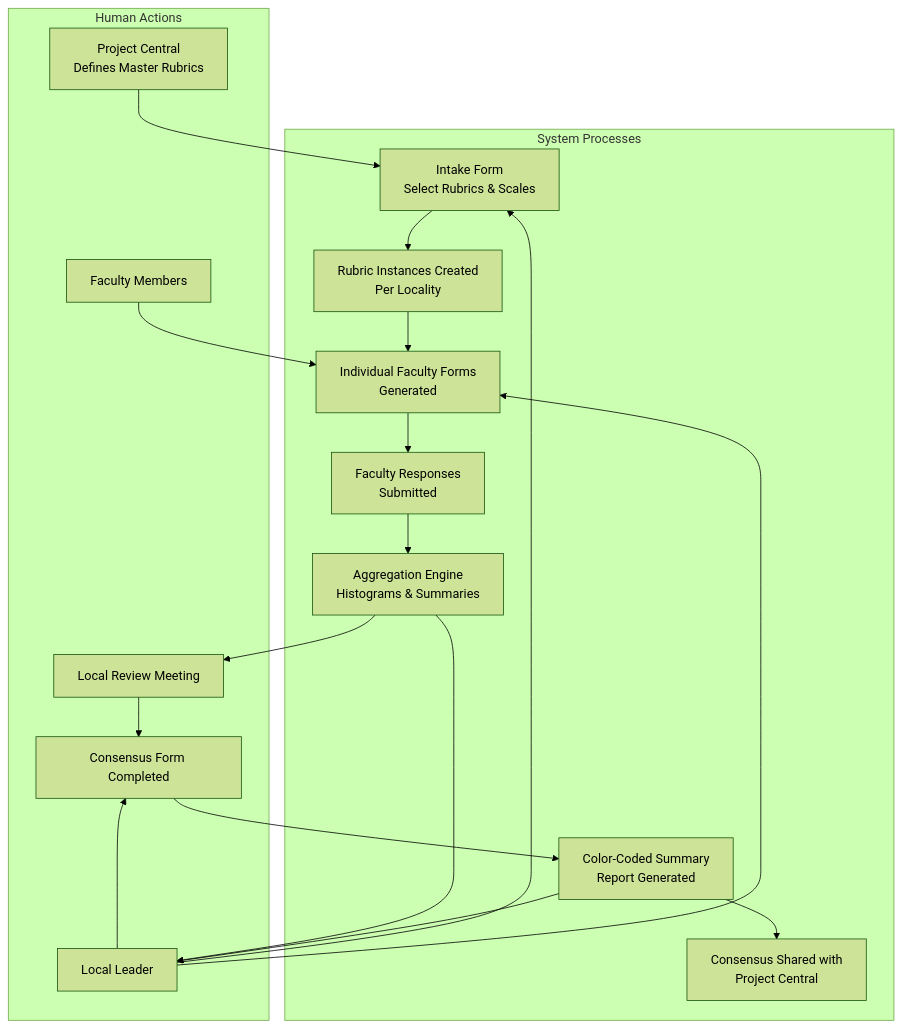
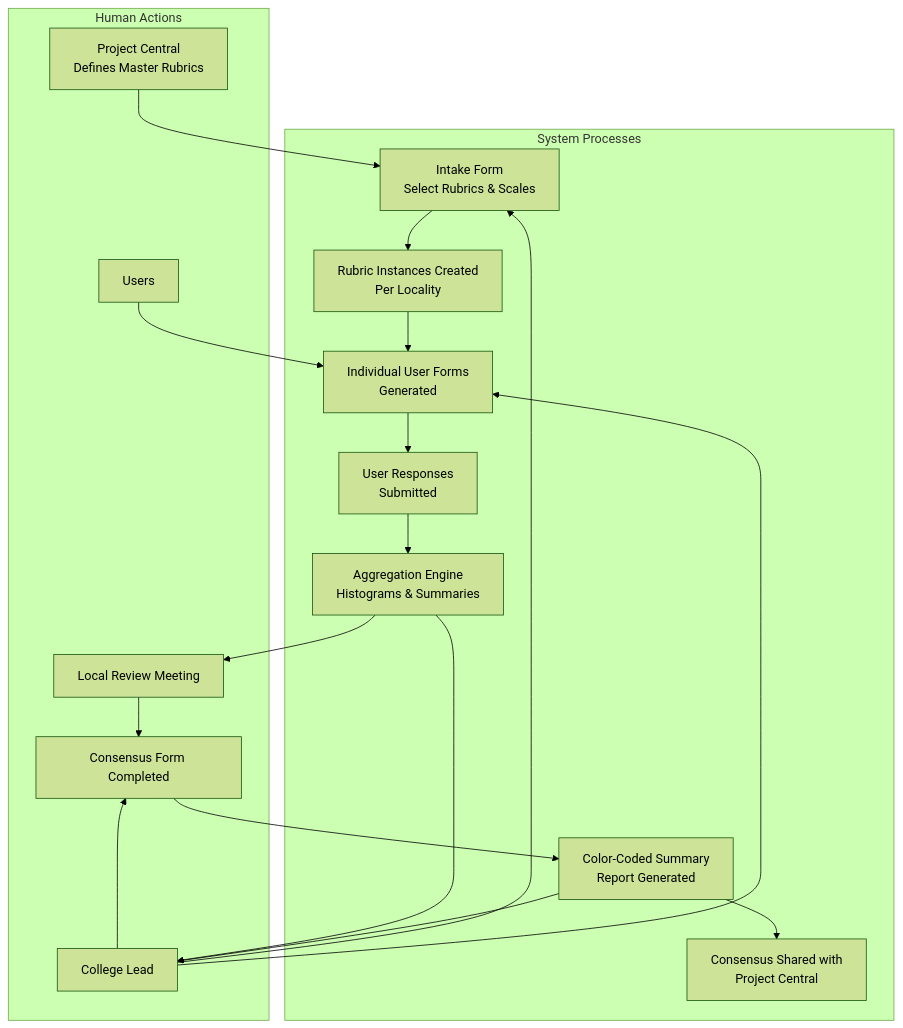
One commit to amatycwebportal/AMATYC-Web-Portal changed the second of 8 diagrams in Documentation/Design/Design-Document.md. Above: the diagram before and after it, drawn with Mermaid (forest theme). The commit also changed other lines of this file and 161 other files, not shown here.

````diff
--- a/Documentation/Design/Design-Document.md
+++ b/Documentation/Design/Design-Document.md
@@ -71,56 +71,56 @@
 ```mermaid
 flowchart TD
 
     %% ========================
     %% HUMAN ACTORS
     %% ========================
 
     subgraph HUMAN_ACTIONS["Human Actions"]
         PC[Project Central<br/>Defines Master Rubrics]
-        LL[Local Leader]
-        FM[Faculty Members]
+        LL[College Lead]
+        FM[Users]
         LRM[Local Review Meeting]
         CF[Consensus Form Completed]
     end
 
     %% ========================
     %% SYSTEM PROCESSES
     %% ========================
 
     subgraph SYSTEM_PROCESSES["System Processes"]
         IF[Intake Form<br/>Select Rubrics & Scales]
         RI[Rubric Instances Created<br/>Per Locality]
-        FF[Individual Faculty Forms<br/> Generated]
-        FR[Faculty Responses <br/>Submitted]
+        FF[Individual User Forms<br/> Generated]
+        FR[User Responses <br/>Submitted]
         AGG[Aggregation Engine<br/>Histograms & Summaries]
         REP[Color-Coded Summary<br/> Report Generated]
         CSC[Consensus Shared with <br/>Project Central]
     end
 
     %% ========================
     %% FLOW
     %% ========================
 
     PC --> IF
     IF --> RI
 
     LL --> IF
     FM --> FF
     RI --> FF
 
     FF --> FR
     FR --> AGG
 
     AGG --> LRM
     AGG --> LL
 
     LRM --> CF
     LL --> CF
 
     CF --> REP
     REP --> CSC
 
     %% Feedback loops
     REP --> LL
     LL --> FF
 ```
````
